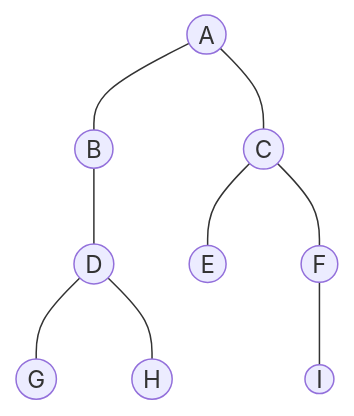
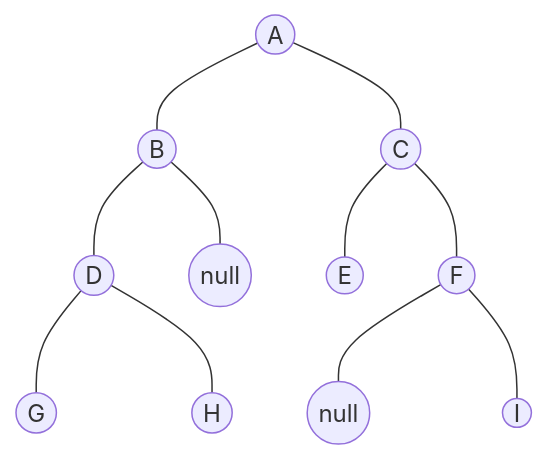
The diagram in docs/Algorithm/DataStructure/Tree.md (Chilfish/Notes), drawn with Mermaid before and after one commit. The commit also changed other lines of this file and 3 other files, not shown here.

````diff
--- a/docs/Algorithm/DataStructure/Tree.md
+++ b/docs/Algorithm/DataStructure/Tree.md
@@ -43,21 +52,23 @@
 ```mermaid
 graph TB
 A((A))
 B((B))
 C((C))
 D((D))
 E((E))
 F((F))
 G((G))
 H((H))
 I((I))
 
 A---B
   B---D
+  B---n0((null))
     D---G
     D---H
 A---C
   C---E
   C---F
+    F---n1((null))
     F---I
 ```
````
